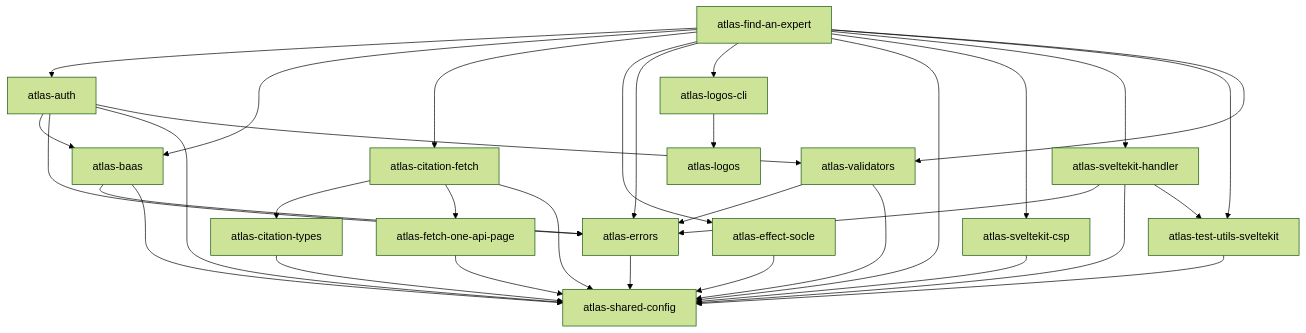
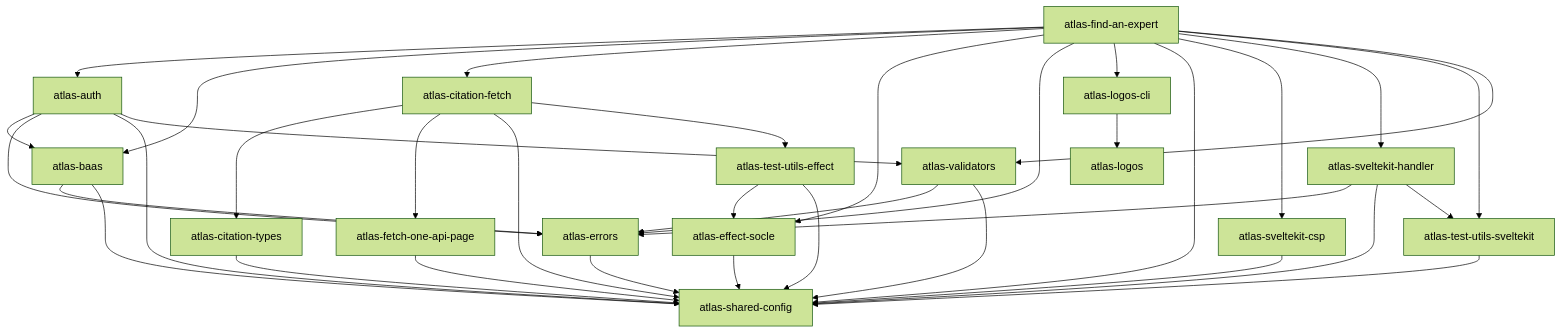
Before and after one commit to univ-lehavre/atlas: the fifth of 19 diagrams in docs/src/content/docs/architecture/packages.md, drawn with Mermaid (forest theme). The commit also changed other lines of this file and 5 other files, not shown here.

First line of the commit message:
fix(config): rendre test-utils-effect réellement utilisable et adopté (e14)

````diff
--- a/docs/src/content/docs/architecture/packages.md
+++ b/docs/src/content/docs/architecture/packages.md
@@ -297,50 +289,54 @@
 ```mermaid
 flowchart TD
   _univ_lehavre_atlas_auth["atlas-auth"]
   _univ_lehavre_atlas_baas["atlas-baas"]
   _univ_lehavre_atlas_citation_fetch["atlas-citation-fetch"]
   _univ_lehavre_atlas_citation_types["atlas-citation-types"]
   _univ_lehavre_atlas_effect_socle["atlas-effect-socle"]
   _univ_lehavre_atlas_errors["atlas-errors"]
   _univ_lehavre_atlas_fetch_one_api_page["atlas-fetch-one-api-page"]
   _univ_lehavre_atlas_find_an_expert["atlas-find-an-expert"]
   _univ_lehavre_atlas_logos["atlas-logos"]
   _univ_lehavre_atlas_logos_cli["atlas-logos-cli"]
   _univ_lehavre_atlas_shared_config["atlas-shared-config"]
   _univ_lehavre_atlas_sveltekit_csp["atlas-sveltekit-csp"]
   _univ_lehavre_atlas_sveltekit_handler["atlas-sveltekit-handler"]
+  _univ_lehavre_atlas_test_utils_effect["atlas-test-utils-effect"]
   _univ_lehavre_atlas_test_utils_sveltekit["atlas-test-utils-sveltekit"]
   _univ_lehavre_atlas_validators["atlas-validators"]
   _univ_lehavre_atlas_auth --> _univ_lehavre_atlas_baas
   _univ_lehavre_atlas_auth --> _univ_lehavre_atlas_errors
   _univ_lehavre_atlas_auth --> _univ_lehavre_atlas_shared_config
   _univ_lehavre_atlas_auth --> _univ_lehavre_atlas_validators
   _univ_lehavre_atlas_baas --> _univ_lehavre_atlas_errors
   _univ_lehavre_atlas_baas --> _univ_lehavre_atlas_shared_config
   _univ_lehavre_atlas_citation_fetch --> _univ_lehavre_atlas_citation_types
   _univ_lehavre_atlas_citation_fetch --> _univ_lehavre_atlas_fetch_one_api_page
   _univ_lehavre_atlas_citation_fetch --> _univ_lehavre_atlas_shared_config
+  _univ_lehavre_atlas_citation_fetch --> _univ_lehavre_atlas_test_utils_effect
   _univ_lehavre_atlas_citation_types --> _univ_lehavre_atlas_shared_config
   _univ_lehavre_atlas_effect_socle --> _univ_lehavre_atlas_shared_config
   _univ_lehavre_atlas_errors --> _univ_lehavre_atlas_shared_config
   _univ_lehavre_atlas_fetch_one_api_page --> _univ_lehavre_atlas_shared_config
   _univ_lehavre_atlas_find_an_expert --> _univ_lehavre_atlas_auth
   _univ_lehavre_atlas_find_an_expert --> _univ_lehavre_atlas_baas
   _univ_lehavre_atlas_find_an_expert --> _univ_lehavre_atlas_citation_fetch
   _univ_lehavre_atlas_find_an_expert --> _univ_lehavre_atlas_effect_socle
   _univ_lehavre_atlas_find_an_expert --> _univ_lehavre_atlas_errors
   _univ_lehavre_atlas_find_an_expert --> _univ_lehavre_atlas_logos_cli
   _univ_lehavre_atlas_find_an_expert --> _univ_lehavre_atlas_shared_config
   _univ_lehavre_atlas_find_an_expert --> _univ_lehavre_atlas_sveltekit_csp
   _univ_lehavre_atlas_find_an_expert --> _univ_lehavre_atlas_sveltekit_handler
   _univ_lehavre_atlas_find_an_expert --> _univ_lehavre_atlas_test_utils_sveltekit
   _univ_lehavre_atlas_find_an_expert --> _univ_lehavre_atlas_validators
   _univ_lehavre_atlas_logos_cli --> _univ_lehavre_atlas_logos
   _univ_lehavre_atlas_sveltekit_csp --> _univ_lehavre_atlas_shared_config
   _univ_lehavre_atlas_sveltekit_handler --> _univ_lehavre_atlas_errors
   _univ_lehavre_atlas_sveltekit_handler --> _univ_lehavre_atlas_shared_config
   _univ_lehavre_atlas_sveltekit_handler --> _univ_lehavre_atlas_test_utils_sveltekit
+  _univ_lehavre_atlas_test_utils_effect --> _univ_lehavre_atlas_effect_socle
+  _univ_lehavre_atlas_test_utils_effect --> _univ_lehavre_atlas_shared_config
   _univ_lehavre_atlas_test_utils_sveltekit --> _univ_lehavre_atlas_shared_config
   _univ_lehavre_atlas_validators --> _univ_lehavre_atlas_errors
   _univ_lehavre_atlas_validators --> _univ_lehavre_atlas_shared_config
 ```
````
